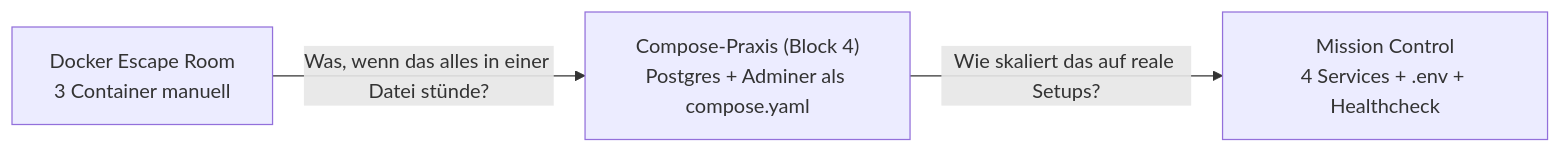
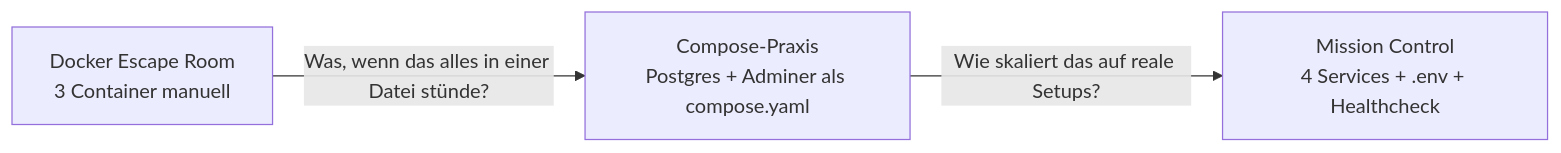
Before and after one commit to JacobMenge/kurs-unterlagen: the diagram in docs/docker-compose-mission-control/08-rueckblick.md, drawn with Mermaid. The commit also changed other lines of this file and 107 other files, not shown here.

````diff
--- a/docs/docker-compose-mission-control/08-rueckblick.md
+++ b/docs/docker-compose-mission-control/08-rueckblick.md
@@ -16,9 +16,9 @@
 ```mermaid
 flowchart LR
   ER["Docker Escape Room<br/>3 Container manuell"]
-  P1["Compose-Praxis (Block 4)<br/>Postgres + Adminer als compose.yaml"]
+  P1["Compose-Praxis<br/>Postgres + Adminer als compose.yaml"]
   MC["Mission Control<br/>4 Services + .env + Healthcheck"]
 
   ER -- "Was, wenn das alles in einer Datei stünde?" --> P1
   P1 -- "Wie skaliert das auf reale Setups?" --> MC
 ```
````
